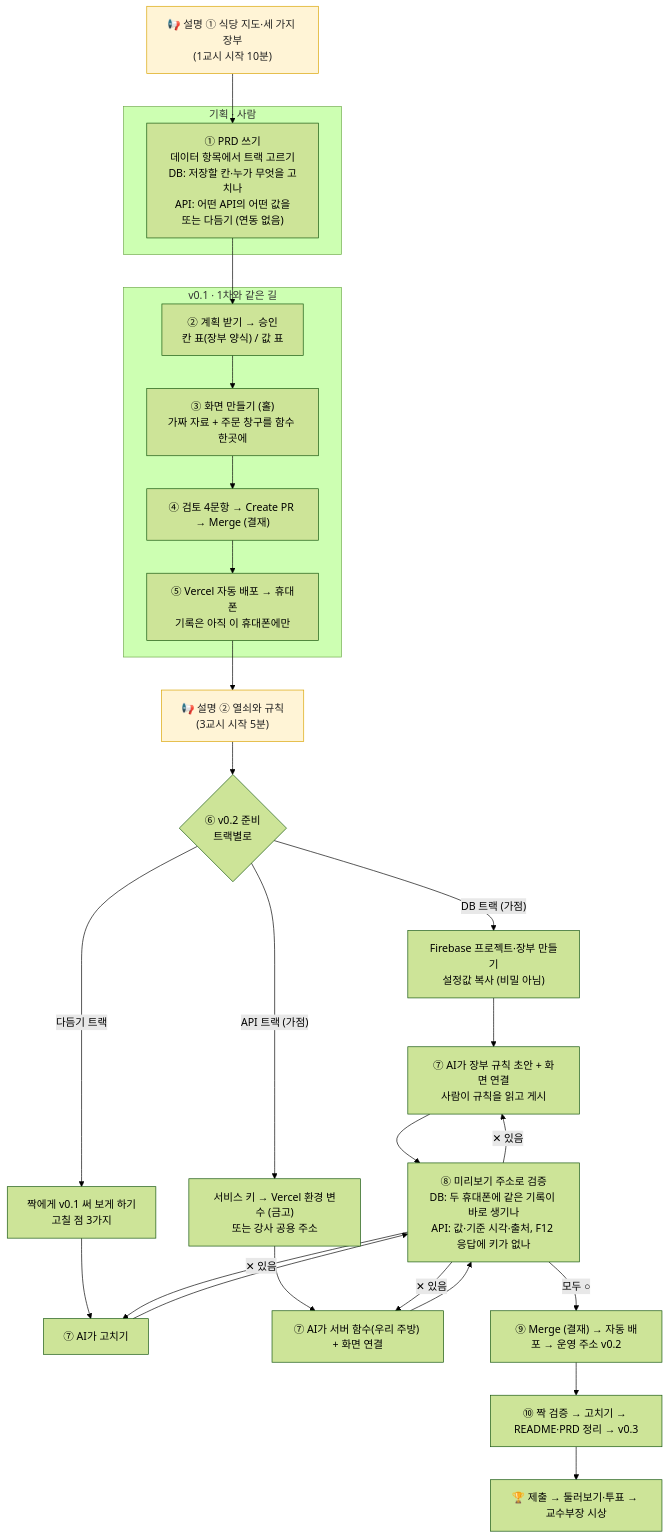
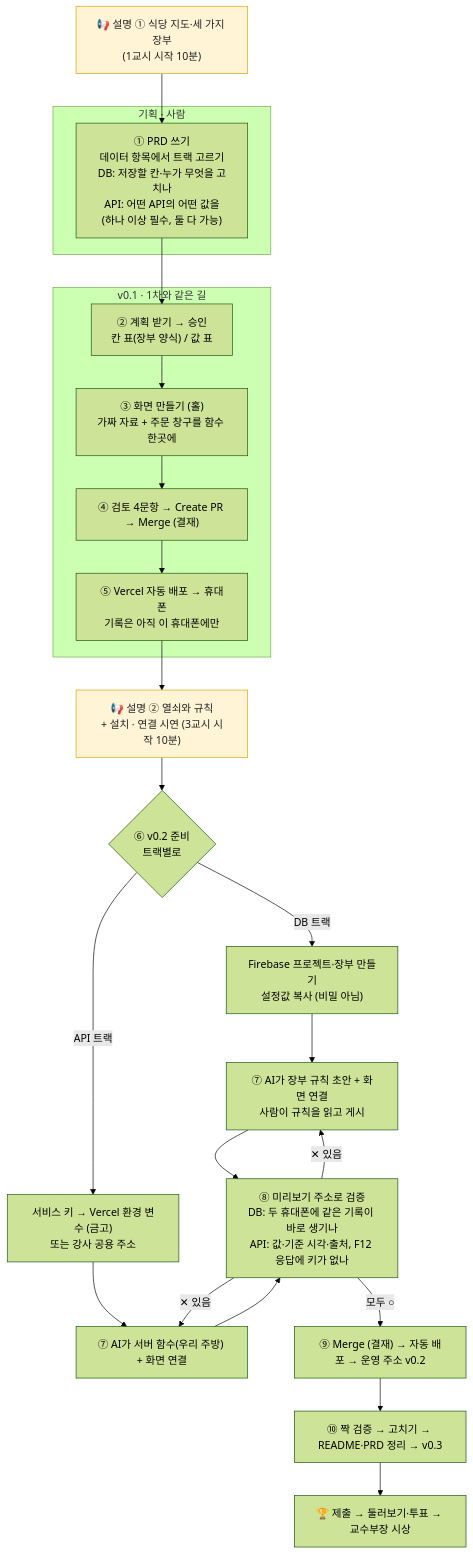
Before and after one commit to skydiver846/fire-ai-classroom: the diagram in instructor/2차-흐름도.md, drawn with Mermaid (forest theme). The commit also changed other lines of this file and 16 other files, not shown here.

````diff
--- a/instructor/2차-흐름도.md
+++ b/instructor/2차-흐름도.md
@@ -13,39 +13,35 @@
 ```mermaid
 flowchart TD
     S1["📢 설명 ① 식당 지도·세 가지 장부<br/>(1교시 시작 10분)"]:::talk
 
     subgraph P["기획 · 사람"]
-      A["① PRD 쓰기<br/>데이터 항목에서 트랙 고르기<br/>DB: 저장할 칸·누가 무엇을 고치나<br/>API: 어떤 API의 어떤 값을<br/>또는 다듬기 (연동 없음)"]
+      A["① PRD 쓰기<br/>데이터 항목에서 트랙 고르기<br/>DB: 저장할 칸·누가 무엇을 고치나<br/>API: 어떤 API의 어떤 값을<br/>(하나 이상 필수, 둘 다 가능)"]
     end
 
     subgraph V1["v0.1 · 1차와 같은 길"]
       B["② 계획 받기 → 승인<br/>칸 표(장부 양식) / 값 표"] --> C["③ 화면 만들기 (홀)<br/>가짜 자료 + 주문 창구를 함수 한곳에"]
       C --> D["④ 검토 4문항 → Create PR → Merge (결재)"]
       D --> E["⑤ Vercel 자동 배포 → 휴대폰<br/>기록은 아직 이 휴대폰에만"]
     end
 
     S1 --> A
     A --> B
-    E --> S2["📢 설명 ② 열쇠와 규칙<br/>(3교시 시작 5분)"]:::talk
+    E --> S2["📢 설명 ② 열쇠와 규칙<br/>+ 설치 · 연결 시연 (3교시 시작 10분)"]:::talk
     S2 --> F{"⑥ v0.2 준비<br/>트랙별로"}
 
-    F -->|"DB 트랙 (가점)"| G1["Firebase 프로젝트·장부 만들기<br/>설정값 복사 (비밀 아님)"]
-    F -->|"API 트랙 (가점)"| H1["서비스 키 → Vercel 환경 변수 (금고)<br/>또는 강사 공용 주소"]
-    F -->|"다듬기 트랙"| T1["짝에게 v0.1 써 보게 하기<br/>고칠 점 3가지"]
-    T1 --> T2["⑦ AI가 고치기"]
-    T2 --> I
+    F -->|"DB 트랙"| G1["Firebase 프로젝트·장부 만들기<br/>설정값 복사 (비밀 아님)"]
+    F -->|"API 트랙"| H1["서비스 키 → Vercel 환경 변수 (금고)<br/>또는 강사 공용 주소"]
 
     G1 --> G2["⑦ AI가 장부 규칙 초안 + 화면 연결<br/>사람이 규칙을 읽고 게시"]
     H1 --> H2["⑦ AI가 서버 함수(우리 주방) + 화면 연결"]
 
     G2 --> I["⑧ 미리보기 주소로 검증<br/>DB: 두 휴대폰에 같은 기록이 바로 생기나<br/>API: 값·기준 시각·출처, F12 응답에 키가 없나"]
     H2 --> I
     I -->|"✕ 있음"| G2
     I -->|"✕ 있음"| H2
-    I -->|"✕ 있음"| T2
     I -->|"모두 ○"| J["⑨ Merge (결재) → 자동 배포 → 운영 주소 v0.2"]
     J --> K["⑩ 짝 검증 → 고치기 → README·PRD 정리 → v0.3"]
     K --> L["🏆 제출 → 둘러보기·투표 → 교수부장 시상"]
 
     classDef talk fill:#fff4d6,stroke:#d9a400,color:#222;
 ```
````
